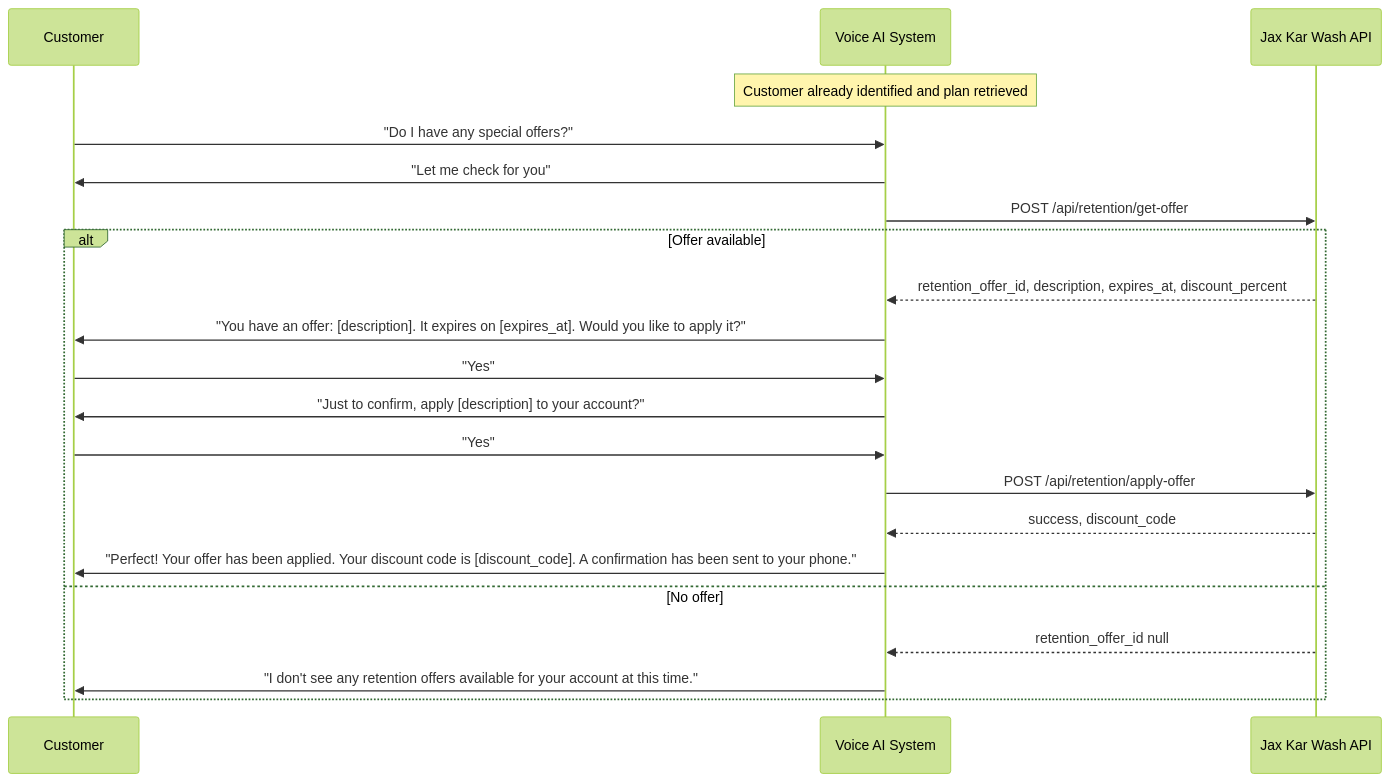
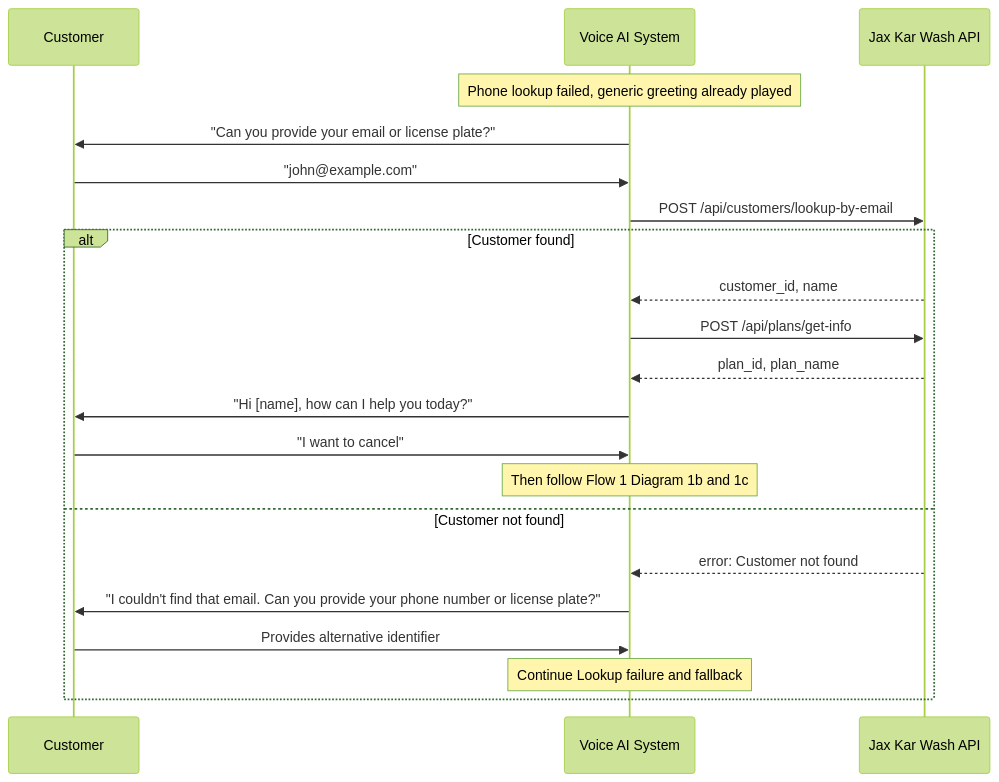
Before and after one commit to HelloWash/Public: diagram 11 of 13 in Jax-Kar-Wash-API-Integration–Discussion-Document.md, drawn with Mermaid (forest theme). The commit also changed other lines of this file, not shown here.

````diff
--- a/Jax-Kar-Wash-API-Integration–Discussion-Document.md
+++ b/Jax-Kar-Wash-API-Integration–Discussion-Document.md
@@ -1023,24 +809,24 @@
 ```mermaid
 sequenceDiagram
     participant Customer
     participant System as Voice AI System
     participant API as Jax Kar Wash API
 
-    Note over System: Customer already identified and plan retrieved
-    Customer->>System: "Do I have any special offers?"
-    System->>Customer: "Let me check for you"
-    System->>API: POST /api/retention/get-offer
-    alt Offer available
-        API-->>System: retention_offer_id, description, expires_at, discount_percent
-        System->>Customer: "You have an offer: [description]. It expires on [expires_at]. Would you like to apply it?"
-        Customer->>System: "Yes"
-        System->>Customer: "Just to confirm, apply [description] to your account?"
-        Customer->>System: "Yes"
-        System->>API: POST /api/retention/apply-offer
-        API-->>System: success, discount_code
-        System->>Customer: "Perfect! Your offer has been applied. Your discount code is [discount_code]. A confirmation has been sent to your phone."
-    else No offer
-        API-->>System: retention_offer_id null
-        System->>Customer: "I don't see any retention offers available for your account at this time."
+    Note over System: Phone lookup failed, generic greeting already played
+    System->>Customer: "Can you provide your email or license plate?"
+    Customer->>System: "john@example.com"
+    System->>API: POST /api/customers/lookup-by-email
+    alt Customer found
+        API-->>System: customer_id, name
+        System->>API: POST /api/plans/get-info
+        API-->>System: plan_id, plan_name
+        System->>Customer: "Hi [name], how can I help you today?"
+        Customer->>System: "I want to cancel"
+        Note over System: Then follow Flow 1 Diagram 1b and 1c
+    else Customer not found
+        API-->>System: error: Customer not found
+        System->>Customer: "I couldn't find that email. Can you provide your phone number or license plate?"
+        Customer->>System: Provides alternative identifier
+        Note over System: Continue Lookup failure and fallback
     end
 ```
````
